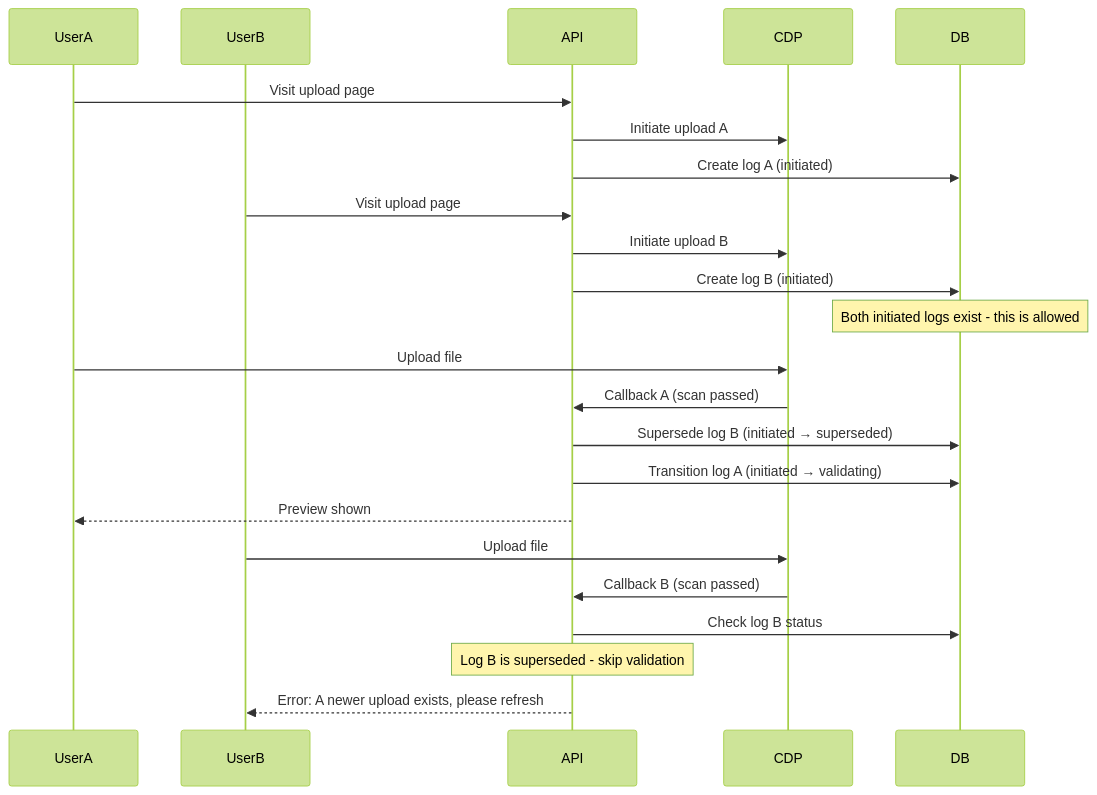
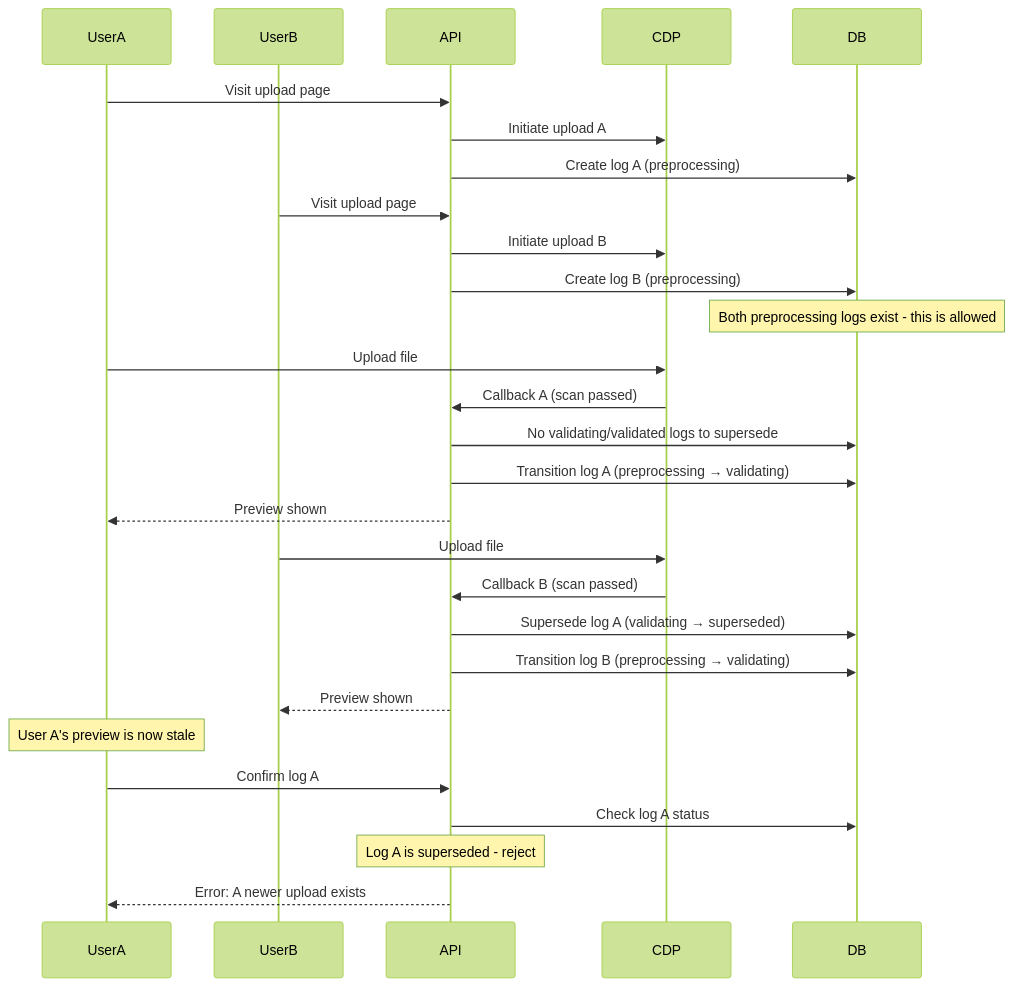
Diagram 11 of 11 in docs/architecture/discovery/summary-log-preview-integrity.md (DEFRA/epr-re-ex-service), drawn with Mermaid (forest theme) before and after one commit. The commit also changed other lines of this file, not shown here.

First line of the commit message:
PAE-752: Use preprocessing state with changed supersede rules

````diff
--- a/docs/architecture/discovery/summary-log-preview-integrity.md
+++ b/docs/architecture/discovery/summary-log-preview-integrity.md
@@ -555,30 +560,37 @@
 ```mermaid
 sequenceDiagram
     participant UserA
     participant UserB
     participant API
     participant CDP
     participant DB
 
     UserA->>API: Visit upload page
     API->>CDP: Initiate upload A
-    API->>DB: Create log A (initiated)
+    API->>DB: Create log A (preprocessing)
 
     UserB->>API: Visit upload page
     API->>CDP: Initiate upload B
-    API->>DB: Create log B (initiated)
+    API->>DB: Create log B (preprocessing)
 
-    Note over DB: Both initiated logs exist - this is allowed
+    Note over DB: Both preprocessing logs exist - this is allowed
 
     UserA->>CDP: Upload file
     CDP->>API: Callback A (scan passed)
-    API->>DB: Supersede log B (initiated → superseded)
-    API->>DB: Transition log A (initiated → validating)
+    API->>DB: No validating/validated logs to supersede
+    API->>DB: Transition log A (preprocessing → validating)
     API-->>UserA: Preview shown
 
     UserB->>CDP: Upload file
     CDP->>API: Callback B (scan passed)
-    API->>DB: Check log B status
-    Note over API: Log B is superseded - skip validation
-    API-->>UserB: Error: A newer upload exists, please refresh
+    API->>DB: Supersede log A (validating → superseded)
+    API->>DB: Transition log B (preprocessing → validating)
+    API-->>UserB: Preview shown
+
+    Note over UserA: User A's preview is now stale
+
+    UserA->>API: Confirm log A
+    API->>DB: Check log A status
+    Note over API: Log A is superseded - reject
+    API-->>UserA: Error: A newer upload exists
 ```
````
